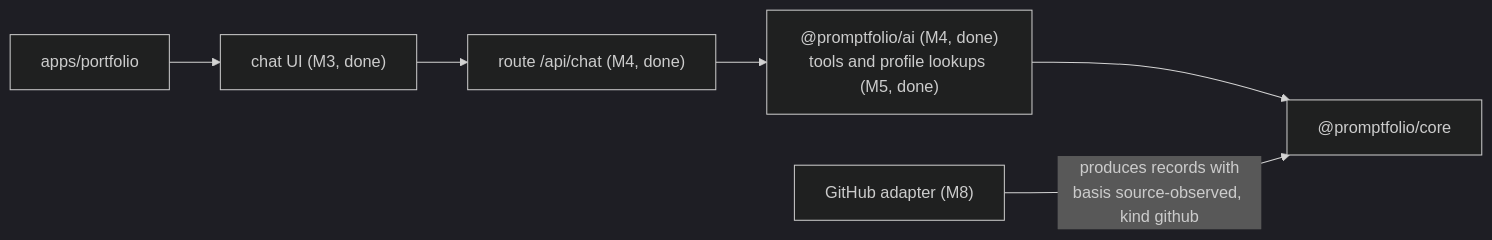
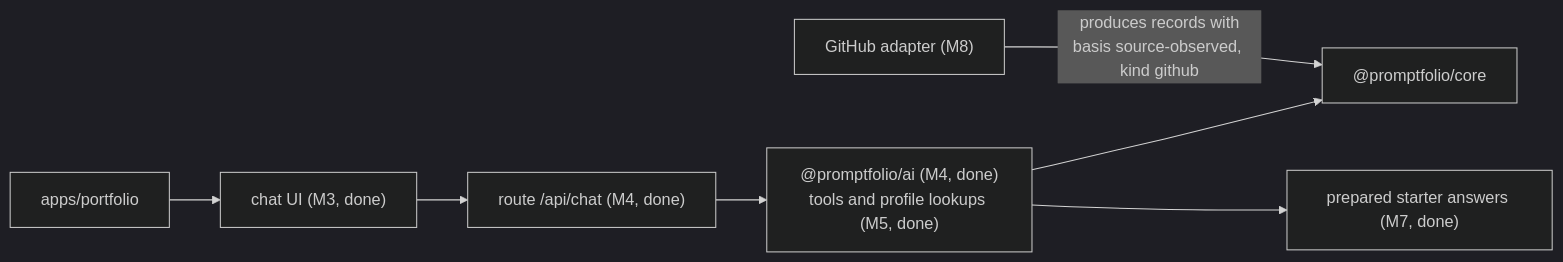
The fifth of 5 diagrams in docs/ARCHITECTURE.md (promptfolios/promptfolio), drawn with Mermaid (dark theme) before and after one commit. The commit also changed other lines of this file and 4 other files, not shown here.

Commit message:
docs: add the M7 plan and ADR 0008 for prepared answers

````diff
--- a/docs/ARCHITECTURE.md
+++ b/docs/ARCHITECTURE.md
@@ -201,8 +224,9 @@
 ```mermaid
 flowchart LR
     app["apps/portfolio"] --> ui["chat UI (M3, done)"]
     ui --> route["route /api/chat (M4, done)"]
     route --> ai["@promptfolio/ai (M4, done)<br/>tools and profile lookups (M5, done)"]
     ai --> core["@promptfolio/core"]
+    ai --> prepared["prepared starter answers (M7, done)"]
     github["GitHub adapter (M8)"] -- "produces records with<br/>basis source-observed, kind github" --> core
 ```
````
